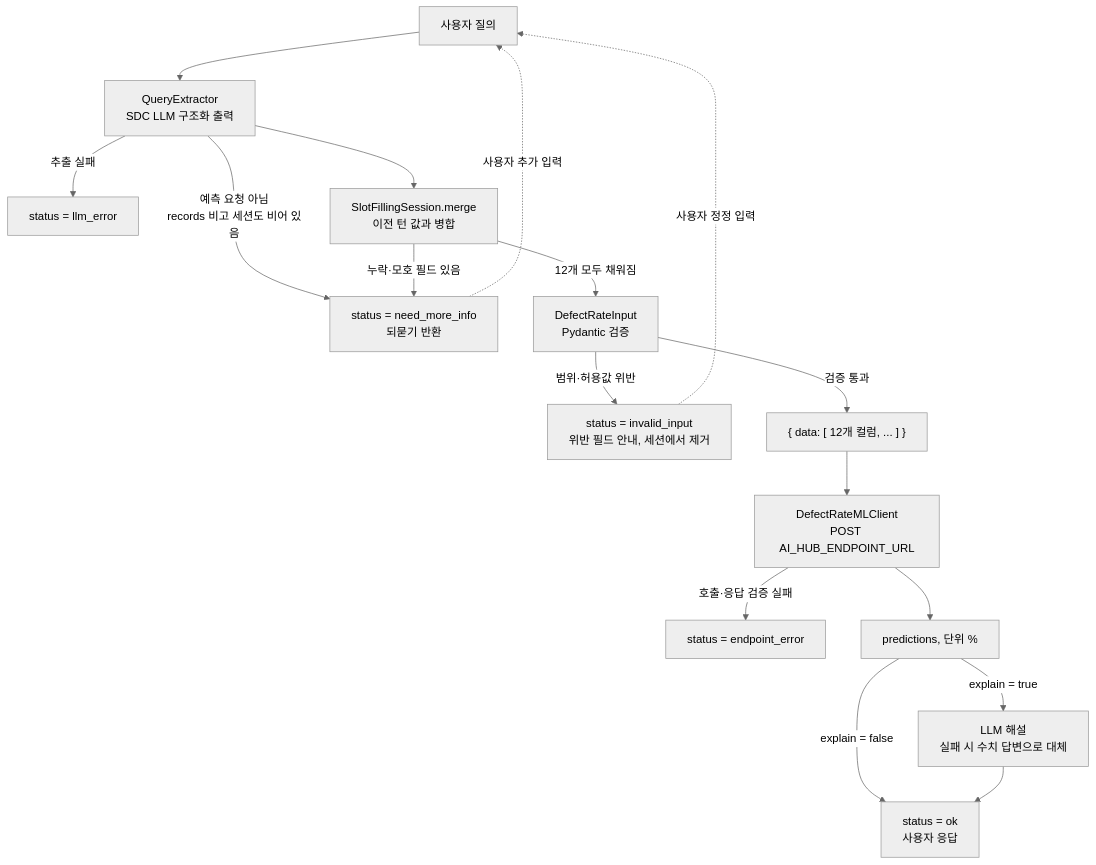
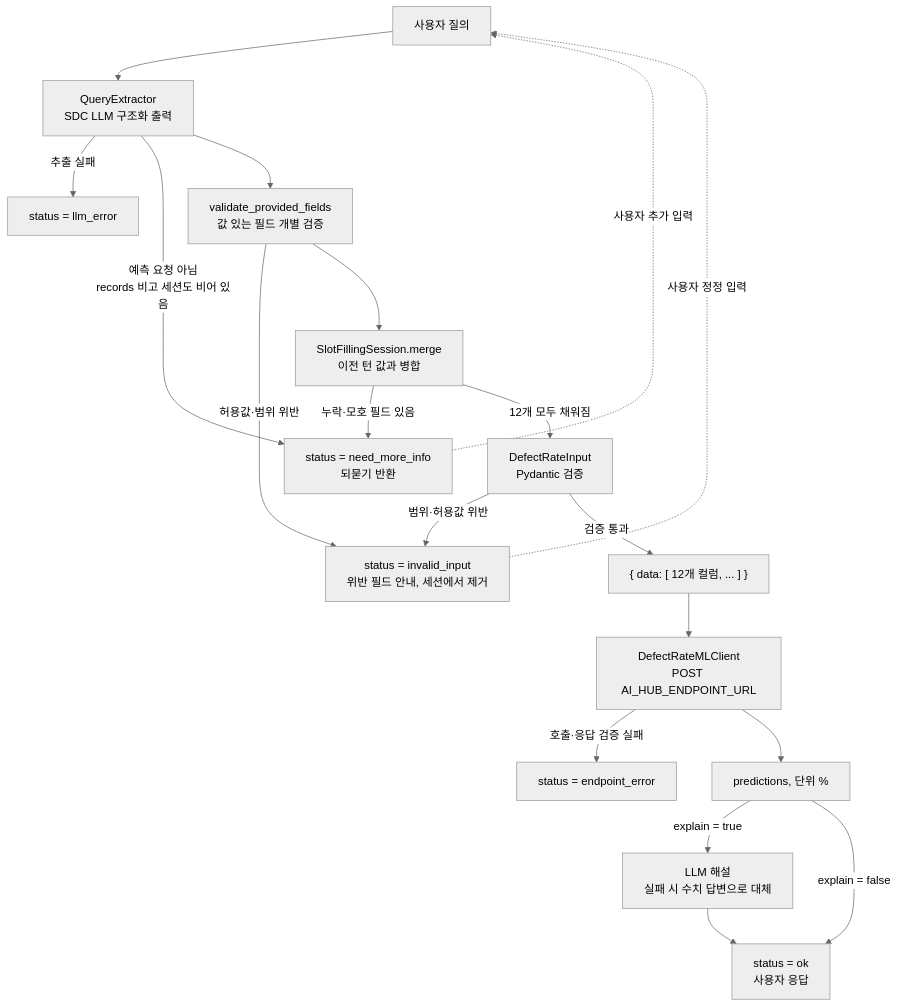
The diagram in AIHUB/docs/architecture.md (jiyunwoo02/2026_SIEMENS), drawn with Mermaid (neutral theme) before and after one commit. The commit also changed other lines of this file and 23 other files, not shown here.

````diff
--- a/AIHUB/docs/architecture.md
+++ b/AIHUB/docs/architecture.md
@@ -43,19 +48,21 @@
 ```mermaid
 flowchart TD
     A[사용자 질의] --> B[QueryExtractor<br/>SDC LLM 구조화 출력]
     B -->|추출 실패| L[status = llm_error]
     B -->|예측 요청 아님<br/>records 비고 세션도 비어 있음| D
-    B --> M[SlotFillingSession.merge<br/>이전 턴 값과 병합]
+    B --> V[validate_provided_fields<br/>값 있는 필드 개별 검증]
+    V -->|허용값·범위 위반| E
+    V --> M[SlotFillingSession.merge<br/>이전 턴 값과 병합]
     M -->|누락·모호 필드 있음| D[status = need_more_info<br/>되묻기 반환]
     M -->|12개 모두 채워짐| C[DefectRateInput<br/>Pydantic 검증]
     C -->|범위·허용값 위반| E[status = invalid_input<br/>위반 필드 안내, 세션에서 제거]
     C -->|검증 통과| F["{ data: [ 12개 컬럼, ... ] }"]
     F --> G[DefectRateMLClient<br/>POST AI_HUB_ENDPOINT_URL]
     G -->|호출·응답 검증 실패| X[status = endpoint_error]
     G --> H[predictions, 단위 %]
     H -->|explain = true| I[LLM 해설<br/>실패 시 수치 답변으로 대체]
     H -->|explain = false| J
     I --> J[status = ok<br/>사용자 응답]
     D -.사용자 추가 입력.-> A
     E -.사용자 정정 입력.-> A
 ```
````
